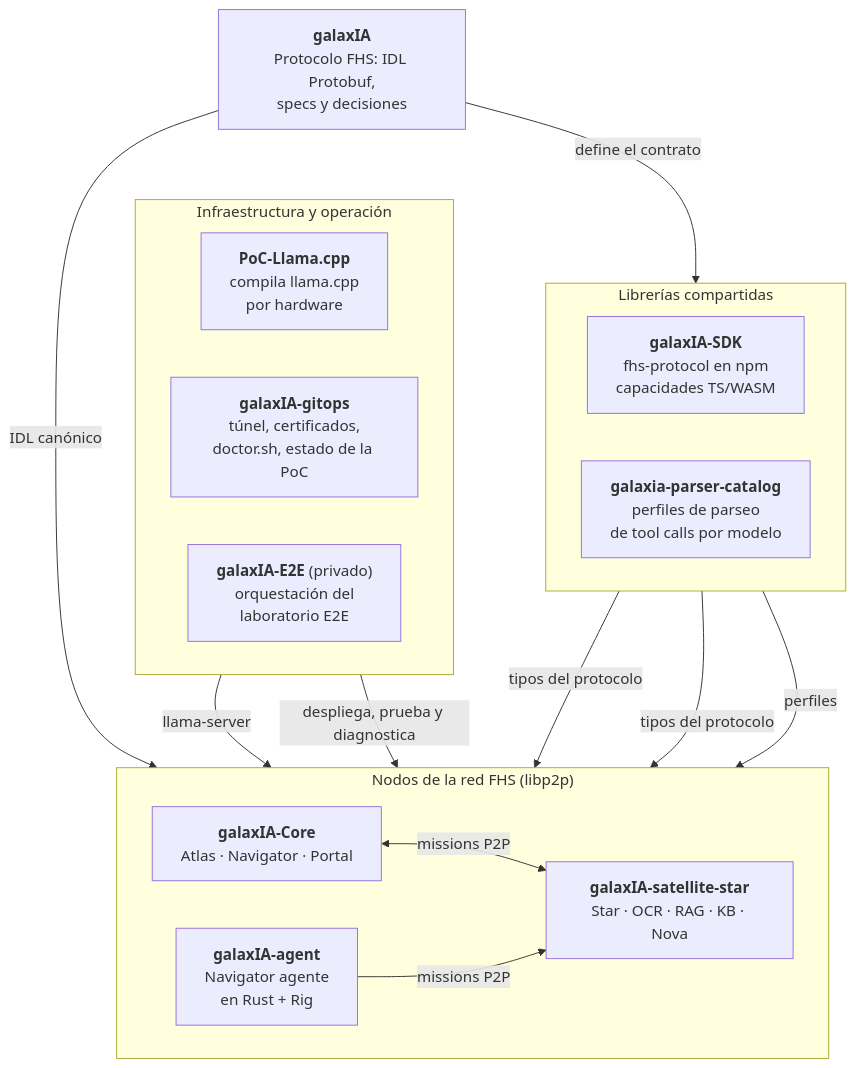
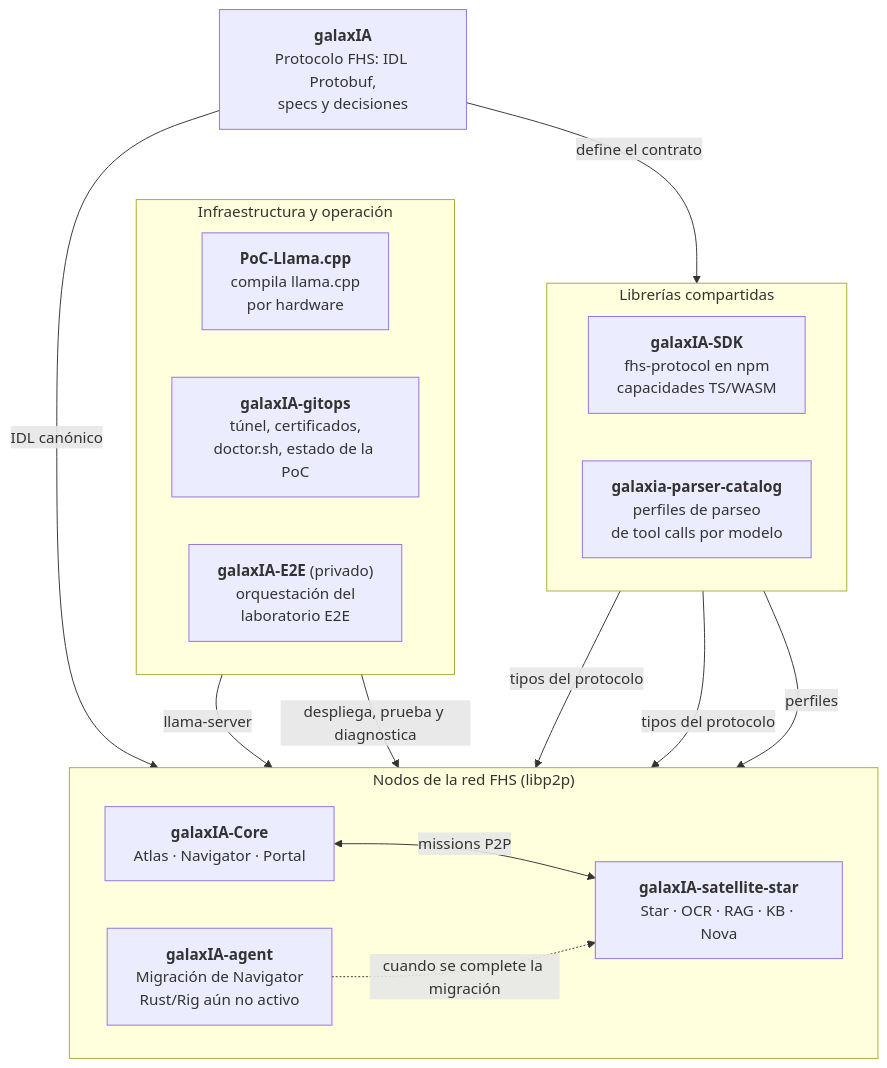
The first of 2 diagrams in ECOSYSTEM.md (rafex/galaxIA), drawn with Mermaid before and after one commit. The commit also changed other lines of this file and 8 other files, not shown here.

Commit message:
docs: explain galaxIA ecosystem and request flow

````diff
--- a/ECOSYSTEM.md
+++ b/ECOSYSTEM.md
@@ -9,34 +9,34 @@
 ```mermaid
 flowchart TB
     galaxia["<b>galaxIA</b><br/>Protocolo FHS: IDL Protobuf,<br/>specs y decisiones"]
 
     subgraph libs["Librerías compartidas"]
         direction LR
         sdk["<b>galaxIA-SDK</b><br/>fhs-protocol en npm<br/>capacidades TS/WASM"]
         parser["<b>galaxia-parser-catalog</b><br/>perfiles de parseo<br/>de tool calls por modelo"]
     end
 
     subgraph red["Nodos de la red FHS (libp2p)"]
         direction LR
         core["<b>galaxIA-Core</b><br/>Atlas · Navigator · Portal"]
         providers["<b>galaxIA-satellite-star</b><br/>Star · OCR · RAG · KB · Nova"]
-        agent["<b>galaxIA-agent</b><br/>Navigator agente<br/>en Rust + Rig"]
+        agent["<b>galaxIA-agent</b><br/>Migración de Navigator<br/>Rust/Rig aún no activo"]
     end
 
     subgraph ops["Infraestructura y operación"]
         direction LR
         llama["<b>PoC-Llama.cpp</b><br/>compila llama.cpp<br/>por hardware"]
         gitops["<b>galaxIA-gitops</b><br/>túnel, certificados,<br/>doctor.sh, estado de la PoC"]
         e2e["<b>galaxIA-E2E</b> (privado)<br/>orquestación del<br/>laboratorio E2E"]
     end
 
     galaxia -->|define el contrato| libs
     galaxia -->|IDL canónico| agent
     sdk -->|tipos del protocolo| core
     sdk -->|tipos del protocolo| providers
     parser -->|perfiles| providers
     core <-->|missions P2P| providers
-    agent -->|missions P2P| providers
+    agent -.->|cuando se complete la migración| providers
     llama -->|llama-server| providers
     ops -->|despliega, prueba y diagnostica| red
 ```
````
